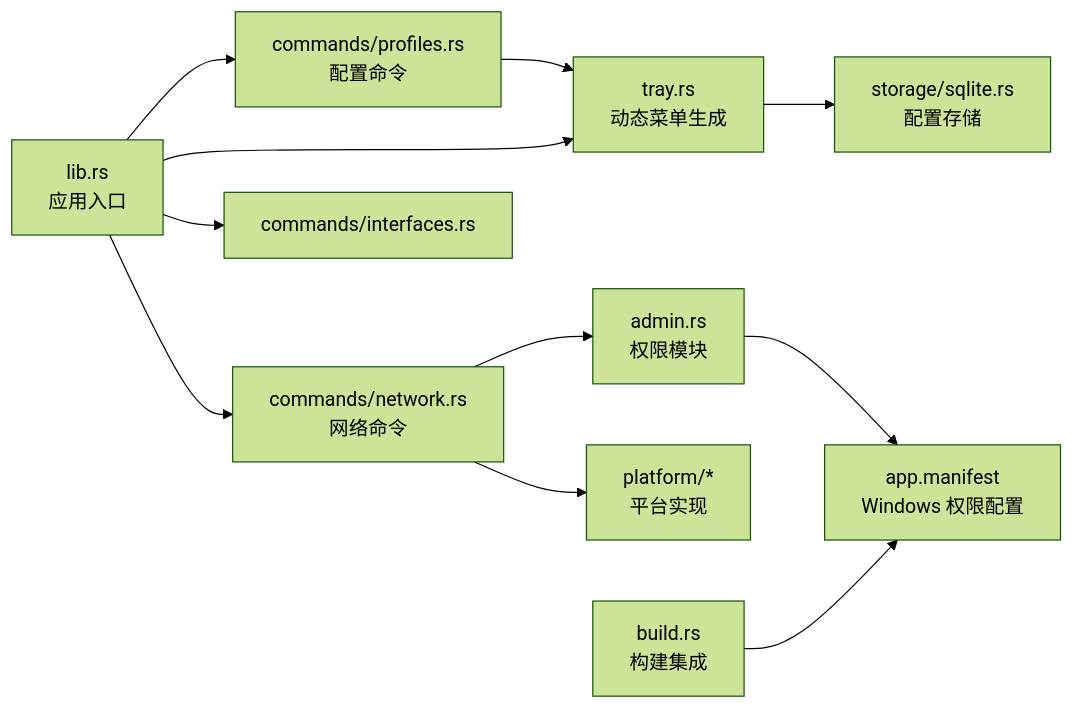
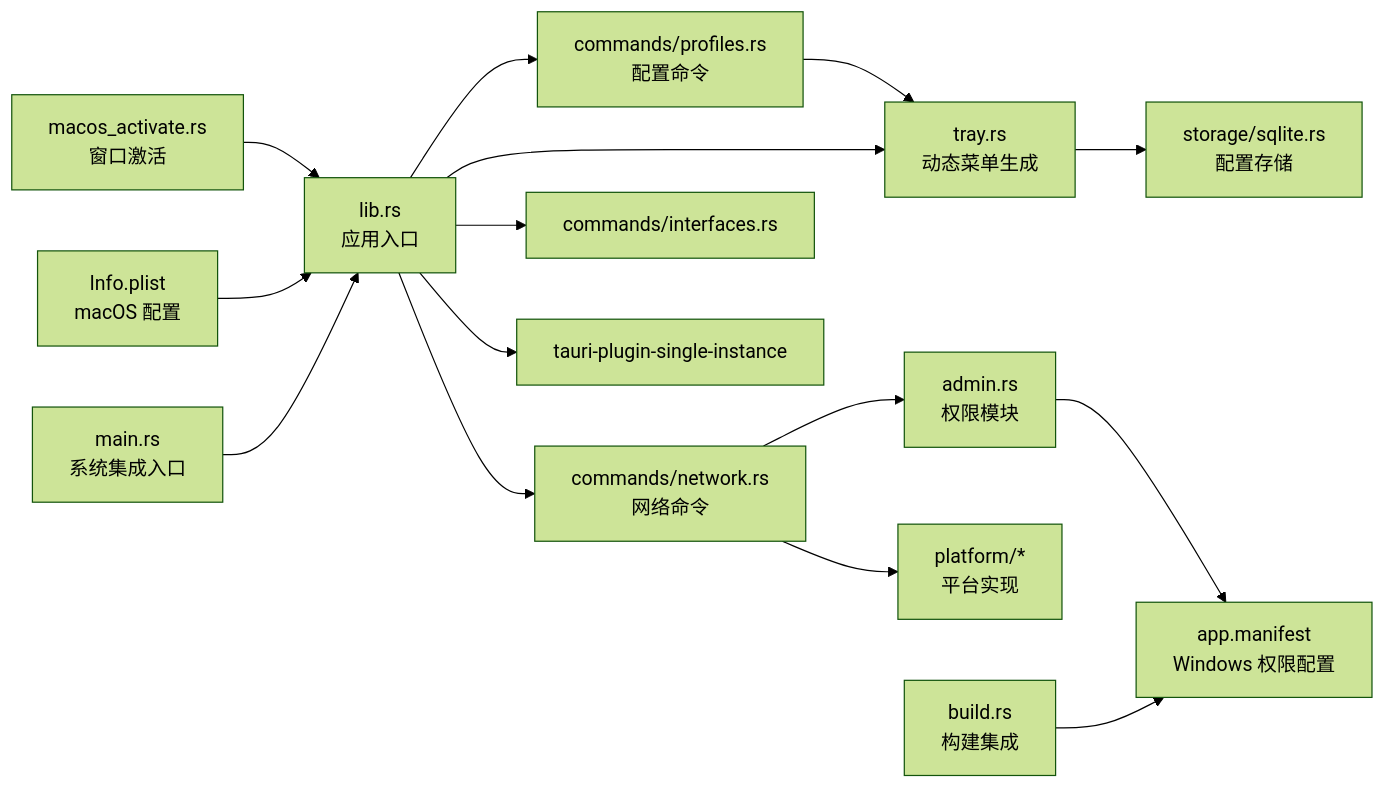
One commit to xdongliang/IPSwitcher changed the tenth of 10 diagrams in .qoder/repowiki/zh/content/系统集成/系统集成.md. Above: the diagram before and after it, drawn with Mermaid (forest theme). The commit also changed other lines of this file and 5 other files, not shown here.

````diff
--- a/.qoder/repowiki/zh/content/系统集成/系统集成.md
+++ b/.qoder/repowiki/zh/content/系统集成/系统集成.md
@@ -424,13 +497,17 @@
 ```mermaid
 graph LR
 Tray["tray.rs<br/>动态菜单生成"] --> Repo["storage/sqlite.rs<br/>配置存储"]
 NetCmd["commands/network.rs<br/>网络命令"] --> Admin["admin.rs<br/>权限模块"]
 NetCmd --> Plat["platform/*<br/>平台实现"]
 ProfCmd["commands/profiles.rs<br/>配置命令"] --> Tray
 Lib["lib.rs<br/>应用入口"] --> Tray
 Lib --> NetCmd
 Lib --> ProfCmd
 Lib --> InterfacesCmd["commands/interfaces.rs"]
+Lib --> Single["tauri-plugin-single-instance"]
 Admin --> Manifest["app.manifest<br/>Windows 权限配置"]
 Build["build.rs<br/>构建集成"] --> Manifest
+MacOSActivate["macos_activate.rs<br/>窗口激活"] --> Lib
+InfoPlist["Info.plist<br/>macOS 配置"] --> Lib
+Main["main.rs<br/>系统集成入口"] --> Lib
 ```
````
